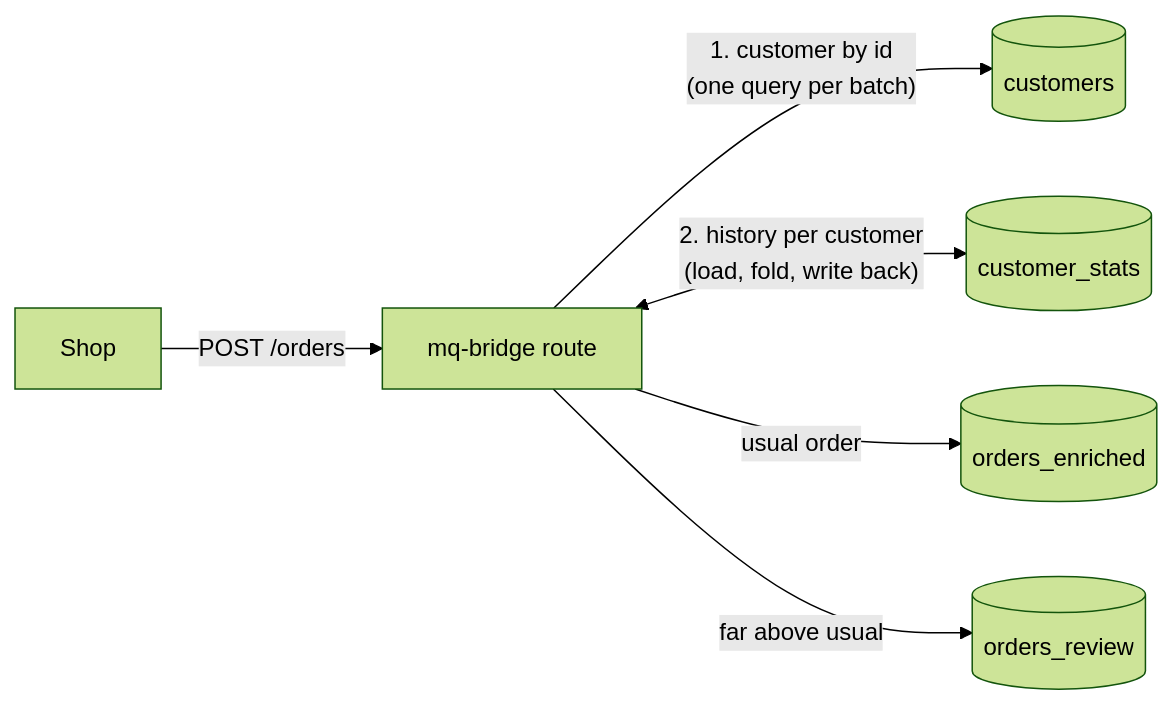
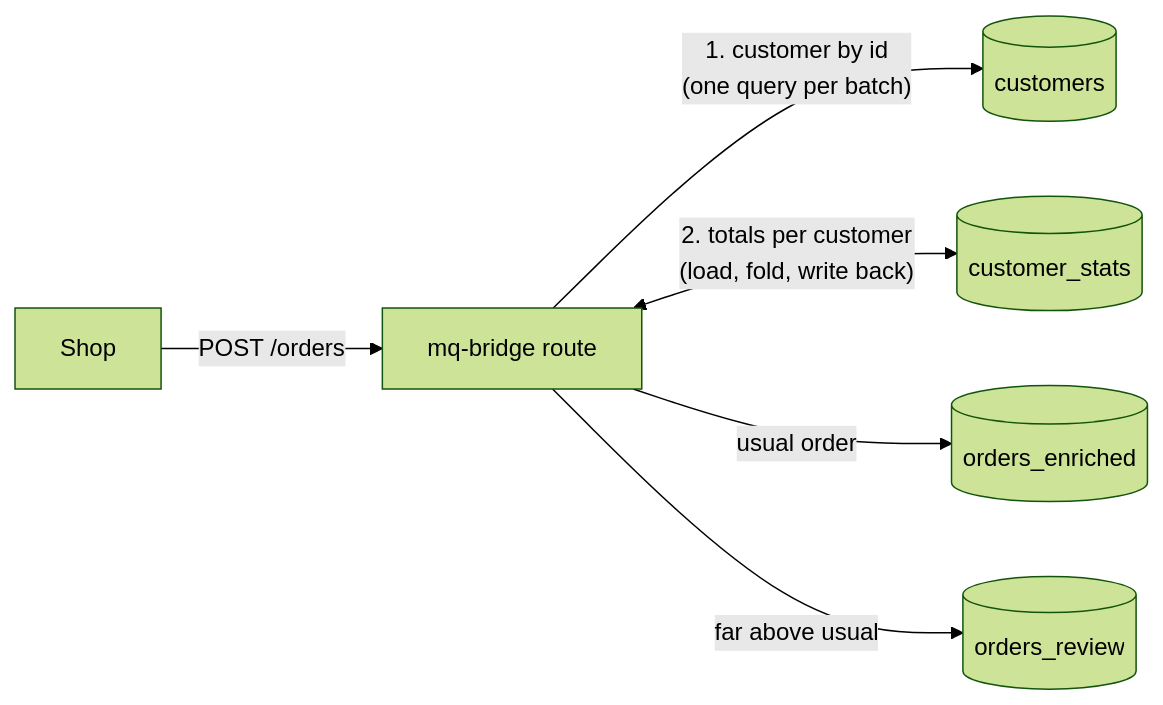
The diagram in docs/book/use-cases/enrich-and-aggregate-orders.md (marcomq/mq-bridge), drawn with Mermaid (forest theme) before and after one commit. The commit also changed other lines of this file and 17 other files, not shown here.

````diff
--- a/docs/book/use-cases/enrich-and-aggregate-orders.md
+++ b/docs/book/use-cases/enrich-and-aggregate-orders.md
@@ -28,8 +27,8 @@
 ```mermaid
 flowchart LR
   A[Shop] -- "POST /orders" --> B[mq-bridge route]
   B -- "1. customer by id<br/>(one query per batch)" --> C[(customers)]
-  B <-- "2. history per customer<br/>(load, fold, write back)" --> S[(customer_stats)]
+  B <-- "2. totals per customer<br/>(load, fold, write back)" --> S[(customer_stats)]
   B -- "usual order" --> E[(orders_enriched)]
   B -- "far above usual" --> R[(orders_review)]
 ```
````
